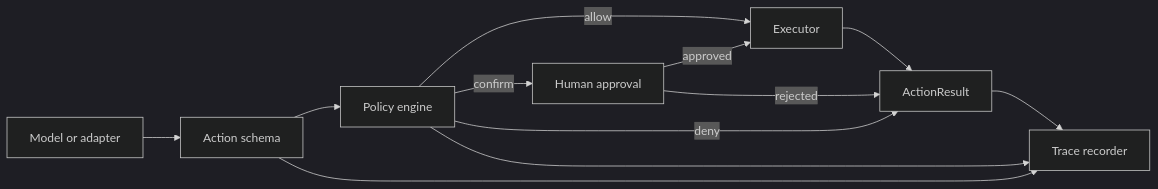
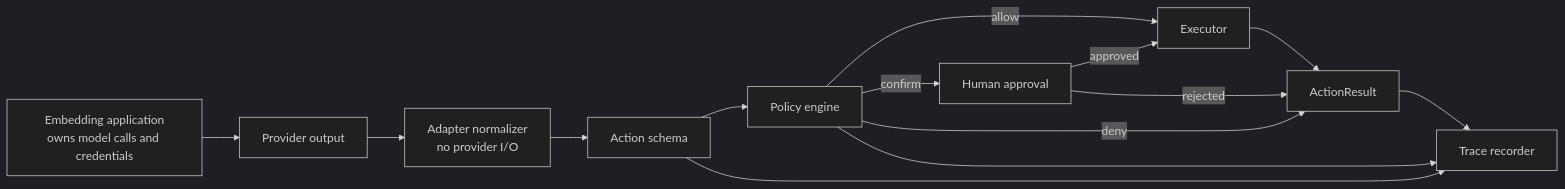
One commit to xxwtiancai/action-anything changed the diagram in docs/architecture.md. Above: the diagram before and after it, drawn with Mermaid (dark theme). The commit also changed other lines of this file and 18 other files, not shown here.

````diff
--- a/docs/architecture.md
+++ b/docs/architecture.md
@@ -7,14 +10,16 @@
 ```mermaid
 flowchart LR
-    M[Model or adapter] --> A[Action schema]
+    APP[Embedding application<br/>owns model calls and credentials] --> M[Provider output]
+    M --> N[Adapter normalizer<br/>no provider I/O]
+    N --> A[Action schema]
     A --> P[Policy engine]
     P -->|allow| E[Executor]
     P -->|confirm| H[Human approval]
     H -->|approved| E
     P -->|deny| R[ActionResult]
     H -->|rejected| R
     E --> R
     A --> T[Trace recorder]
     P --> T
     R --> T
 ```
````
